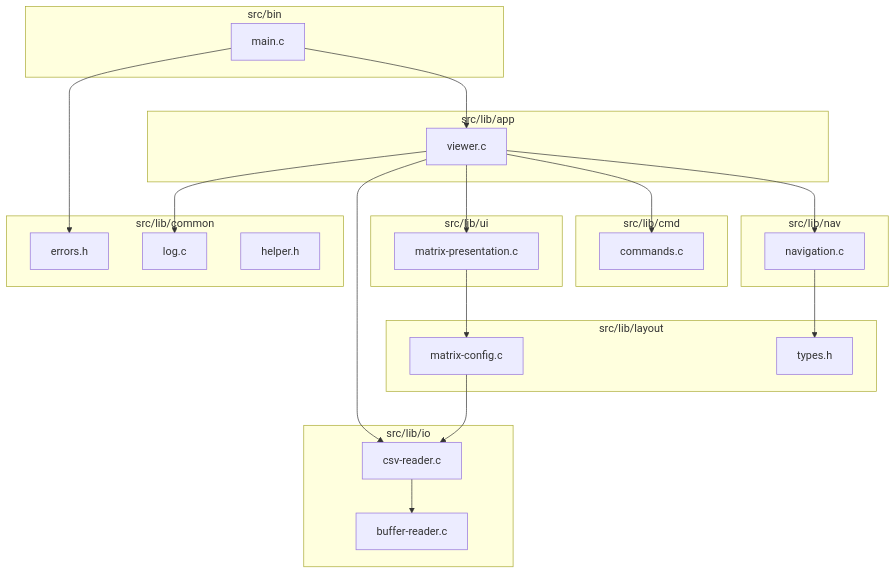
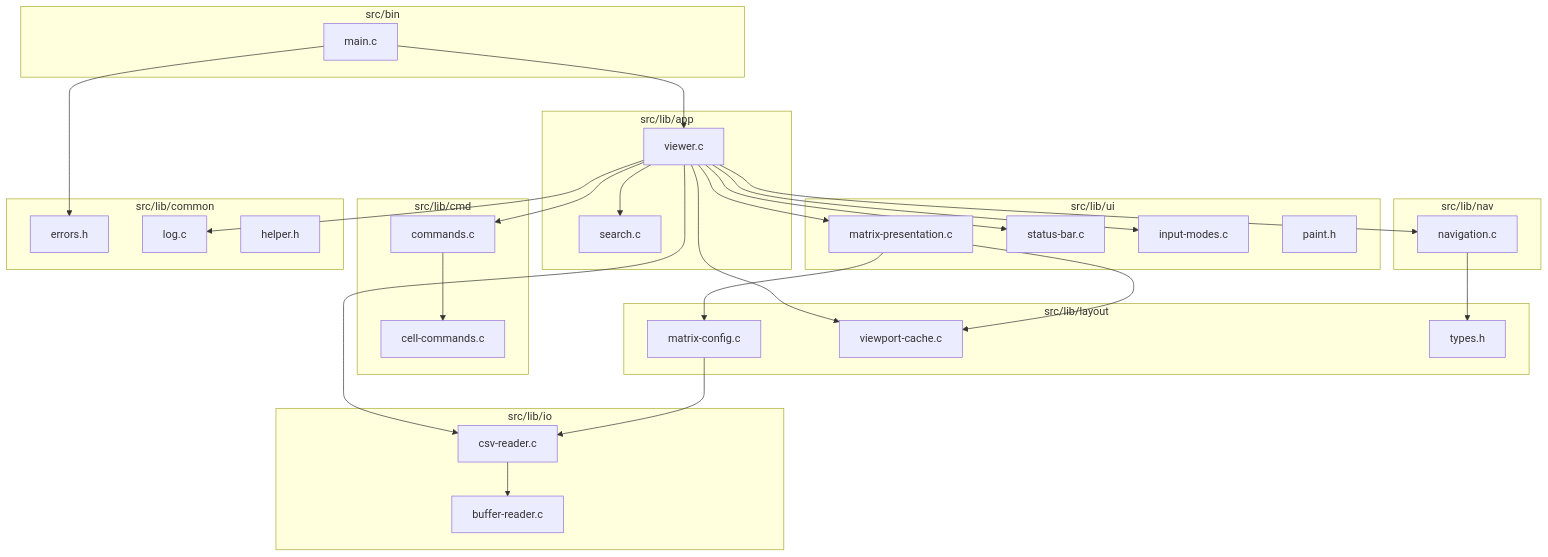
The diagram in docs/architecture.md (vepo/csvi), drawn with Mermaid before and after one commit. The commit also changed other lines of this file and 37 other files, not shown here.

````diff
--- a/docs/architecture.md
+++ b/docs/architecture.md
@@ -7,43 +7,55 @@
 ```mermaid
 flowchart TB
     subgraph bin [src/bin]
         main[main.c]
     end
     subgraph app [src/lib/app]
         viewer[viewer.c]
+        search[search.c]
     end
     subgraph cmd [src/lib/cmd]
+        cellCmd[cell-commands.c]
         commands[commands.c]
     end
     subgraph ui [src/lib/ui]
         presentation[matrix-presentation.c]
+        statusBar[status-bar.c]
+        inputModes[input-modes.c]
+        paint[paint.h]
     end
     subgraph nav [src/lib/nav]
         navigation[navigation.c]
     end
     subgraph layout [src/lib/layout]
         matrixConfig[matrix-config.c]
+        viewportCache[viewport-cache.c]
         types[types.h]
     end
     subgraph io [src/lib/io]
         csvReader[csv-reader.c]
         bufferReader[buffer-reader.c]
     end
     subgraph common [src/lib/common]
         errors[errors.h]
         log[log.c]
         helper[helper.h]
     end
 
     main --> viewer
     viewer --> presentation
+    viewer --> statusBar
+    viewer --> inputModes
     viewer --> navigation
     viewer --> commands
+    viewer --> search
+    viewer --> viewportCache
     viewer --> csvReader
+    commands --> cellCmd
     presentation --> matrixConfig
+    presentation --> viewportCache
     navigation --> types
     matrixConfig --> csvReader
     csvReader --> bufferReader
     main --> errors
     viewer --> log
 ```
````
